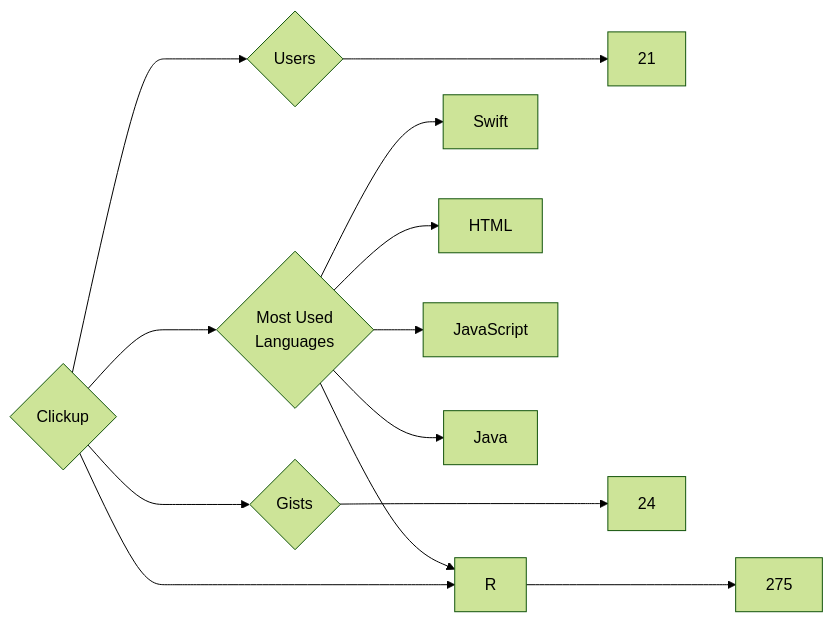
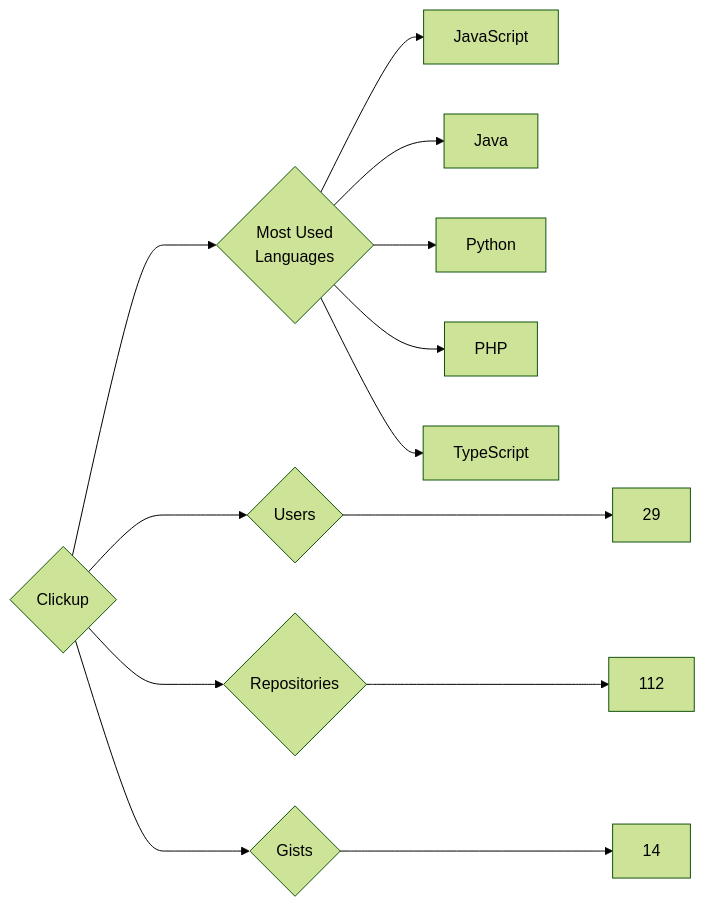
One commit to trickest/insiders changed the diagram in targets/Clickup/README.md. Above: the diagram before and after it, drawn with Mermaid (forest theme). The commit also changed 882 other files, not shown here.

````diff
--- a/targets/Clickup/README.md
+++ b/targets/Clickup/README.md
@@ -3,13 +3,13 @@
 ```mermaid
 graph LR
 COMPANY_NAME{Clickup}
-COMPANY_NAME ---> U{Users} ---> UN[21]
-COMPANY_NAME ---> R{Repositories} ---> RN[275]
-COMPANY_NAME ---> G{Gists} ---> GN[24]
+COMPANY_NAME ---> U{Users} ---> UN[29]
+COMPANY_NAME ---> R{Repositories} ---> RN[112]
+COMPANY_NAME ---> G{Gists} ---> GN[14]
 COMPANY_NAME ---> ML{Most Used<br>Languages}
-ML --> Swift[Swift]
-ML --> HTML[HTML]
 ML --> JavaScript[JavaScript]
 ML --> Java[Java]
-ML --> R[R]
+ML --> Python[Python]
+ML --> PHP[PHP]
+ML --> TypeScript[TypeScript]
 ```
````
